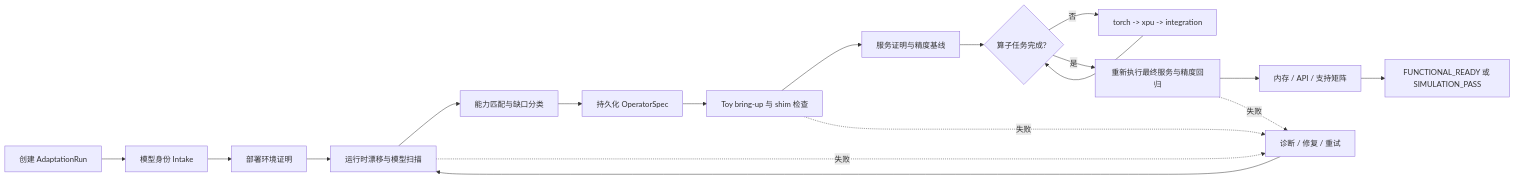
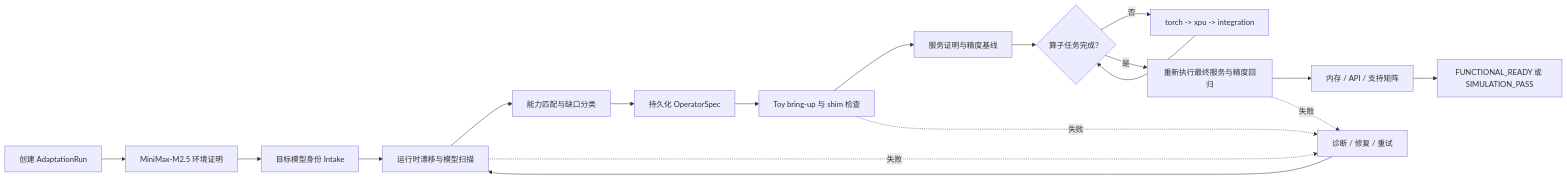
One commit to xyDong0223/infer-forge-harness changed the second of 3 diagrams in README.md. Above: the diagram before and after it, drawn with Mermaid. The commit also changed other lines of this file and 15 other files, not shown here.

Commit message:
fix: prove MiniMax environment before target model adaptation

````diff
--- a/README.md
+++ b/README.md
@@ -120,20 +120,20 @@
 ```mermaid
 flowchart LR
-    A["创建 AdaptationRun"] --> B["模型身份 Intake"]
-    B --> C["部署环境证明"]
+    A["创建 AdaptationRun"] --> B["MiniMax-M2.5 环境证明"]
+    B --> C["目标模型身份 Intake"]
     C --> D["运行时漂移与模型扫描"]
     D --> E["能力匹配与缺口分类"]
     E --> F["持久化 OperatorSpec"]
     F --> G["Toy bring-up 与 shim 检查"]
     G --> H["服务证明与精度基线"]
     H --> I{"算子任务完成？"}
     I -- 否 --> J["torch -> xpu -> integration"]
     J --> I
     I -- 是 --> K["重新执行最终服务与精度回归"]
     K --> L["内存 / API / 支持矩阵"]
     L --> M["FUNCTIONAL_READY 或 SIMULATION_PASS"]
     D -. 失败 .-> N["诊断 / 修复 / 重试"]
     G -. 失败 .-> N
     K -. 失败 .-> N
     N --> D
 ```
````
